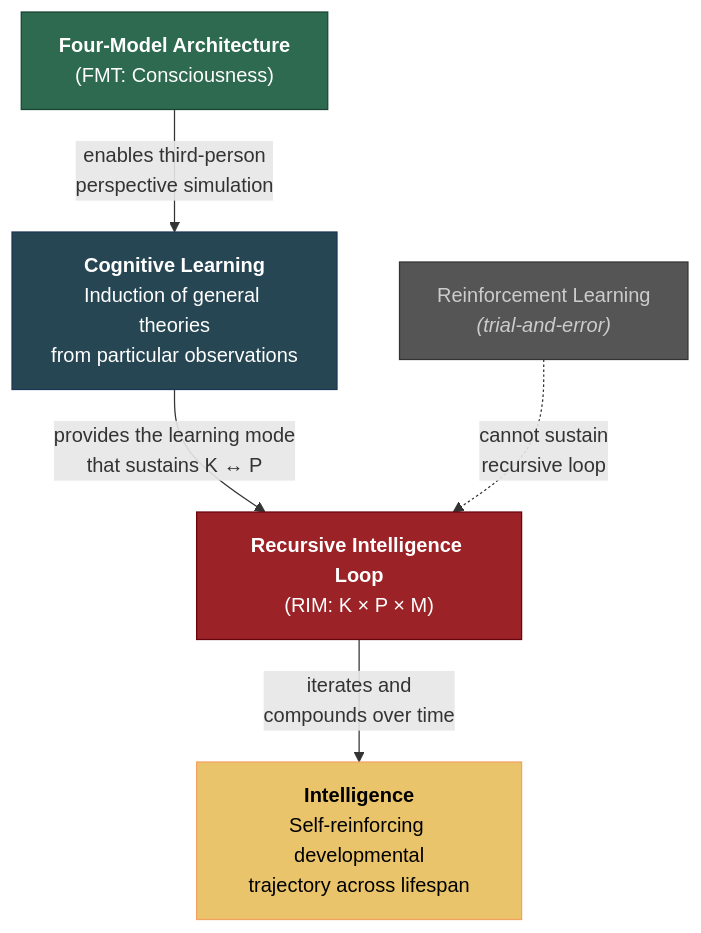
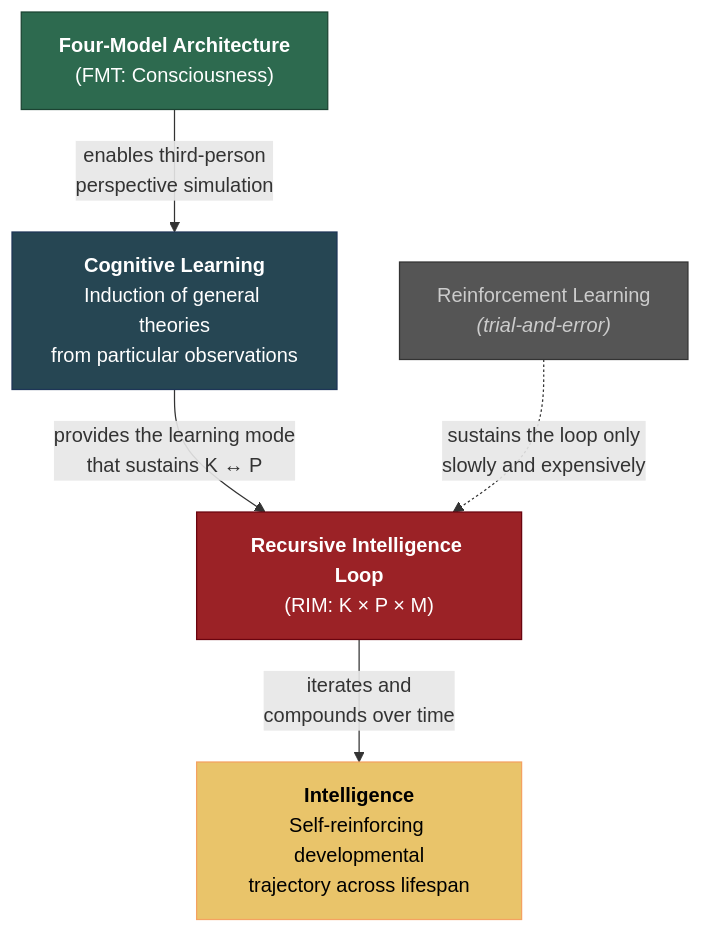
One commit to JeltzProstetnic/aIware changed the diagram in wiki/bridge/consciousness-intelligence-bridge.md. Above: the diagram before and after it, drawn with Mermaid. The commit also changed other lines of this file and 124 other files, not shown here.

````diff
--- a/wiki/bridge/consciousness-intelligence-bridge.md
+++ b/wiki/bridge/consciousness-intelligence-bridge.md
@@ -37,20 +37,20 @@
 ```mermaid
 graph TD
     FMT["<b>Four-Model Architecture</b><br/>(FMT: Consciousness)"]
     CL["<b>Cognitive Learning</b><br/>Induction of general theories<br/>from particular observations"]
     RL["<b>Recursive Intelligence Loop</b><br/>(RIM: K × P × M)"]
     INT["<b>Intelligence</b><br/>Self-reinforcing developmental<br/>trajectory across lifespan"]
 
     FMT -->|"enables third-person<br/>perspective simulation"| CL
     CL -->|"provides the learning mode<br/>that sustains K ↔ P"| RL
     RL -->|"iterates and<br/>compounds over time"| INT
 
     REIN["Reinforcement Learning<br/><i>(trial-and-error)</i>"]
-    REIN -.->|"cannot sustain<br/>recursive loop"| RL
+    REIN -.->|"sustains the loop only<br/>slowly and expensively"| RL
 
     style FMT fill:#2d6a4f,color:#fff,stroke:#1b4332
     style CL fill:#264653,color:#fff,stroke:#1d3557
     style RL fill:#9b2226,color:#fff,stroke:#6a040f
     style INT fill:#e9c46a,color:#000,stroke:#f4a261
     style REIN fill:#555,color:#ccc,stroke:#333
 ```
````
